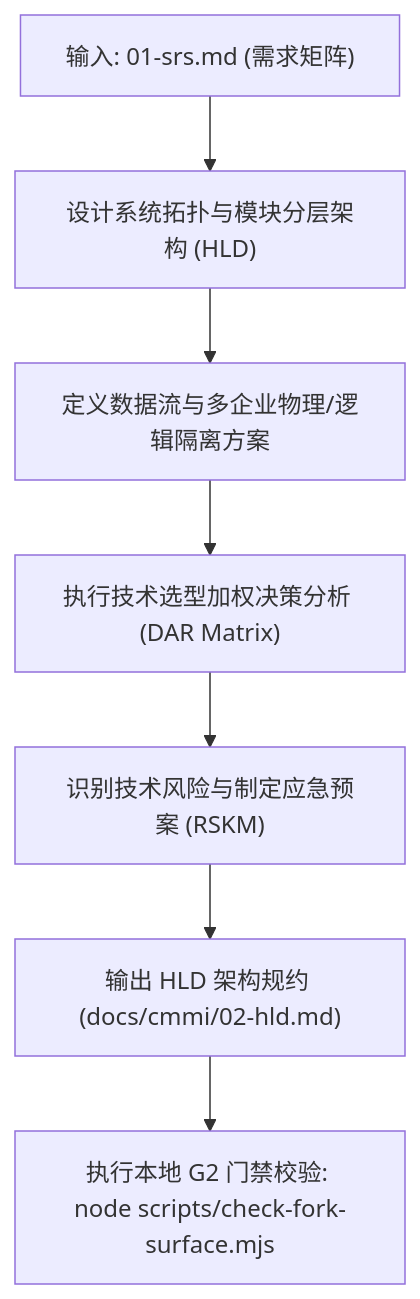
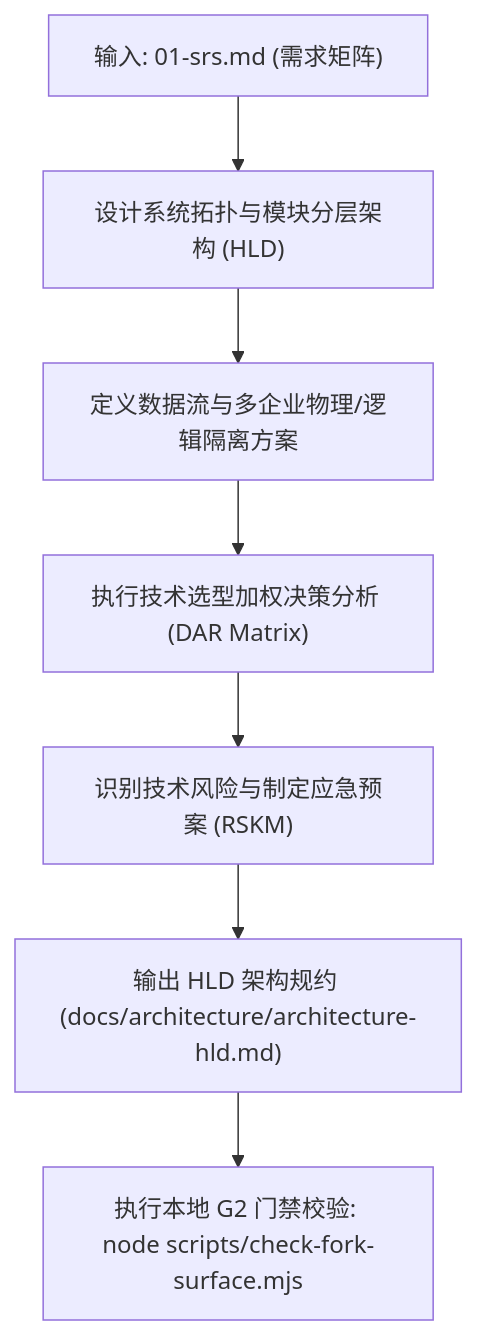
The diagram in .agents/skills/cmmi-tech-solution/SKILL.md (xaicd/coolie), drawn with Mermaid before and after one commit. The commit also changed other lines of this file and 437 other files, not shown here.

````diff
--- a/.agents/skills/cmmi-tech-solution/SKILL.md
+++ b/.agents/skills/cmmi-tech-solution/SKILL.md
@@ -26,9 +28,9 @@
 ```mermaid
 flowchart TD
   A["输入: 01-srs.md (需求矩阵)"] --> B["设计系统拓扑与模块分层架构 (HLD)"]
   B --> C["定义数据流与多企业物理/逻辑隔离方案"]
   C --> D["执行技术选型加权决策分析 (DAR Matrix)"]
   D --> E["识别技术风险与制定应急预案 (RSKM)"]
-  E --> F["输出 HLD 架构规约 (docs/cmmi/02-hld.md)"]
+  E --> F["输出 HLD 架构规约 (docs/architecture/architecture-hld.md)"]
   F --> G["执行本地 G2 门禁校验: node scripts/check-fork-surface.mjs"]
 ```
````
